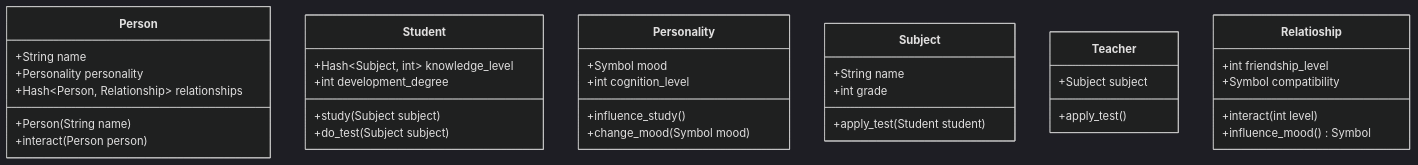
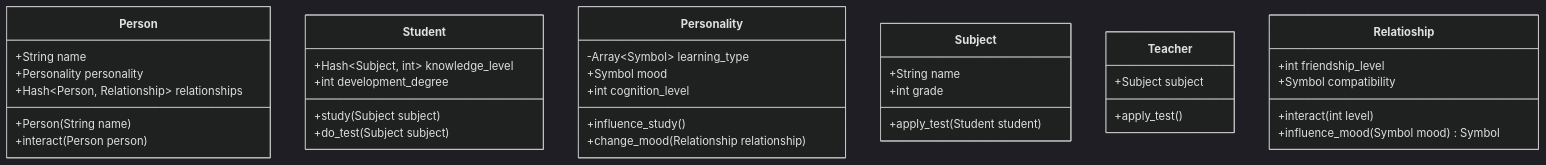
The diagram in diagrams/diagram.md (gabriel-moura2/up-a-mind-alley), drawn with Mermaid (dark theme) before and after one commit. The commit also changed 13 other files, not shown here.

````diff
--- a/diagrams/diagram.md
+++ b/diagrams/diagram.md
@@ -1,37 +1,38 @@
 ```mermaid
 classDiagram
     class Person{
         +String name
         +Personality personality
         +Hash~Person, Relationship~ relationships
         +Person(String name)
         +interact(Person person)
     }
     class Student{
         +Hash~Subject, int~ knowledge_level
         +int development_degree
         +study(Subject subject)
         +do_test(Subject subject)
     }
     class Personality{
+        -Array~Symbol~ learning_type
         +Symbol mood
         +int cognition_level
         +influence_study()
-        +change_mood(Symbol mood)
+        +change_mood(Relationship relationship)
     }
     class Subject{
         +String name
         +int grade
         +apply_test(Student student)
     }
     class Teacher{
         +Subject subject
         +apply_test()
     }
     class Relatioship{
         +int friendship_level
         +Symbol compatibility
         +interact(int level)
-        +influence_mood() Symbol
+        +influence_mood(Symbol mood) Symbol
     }
 ```
````
